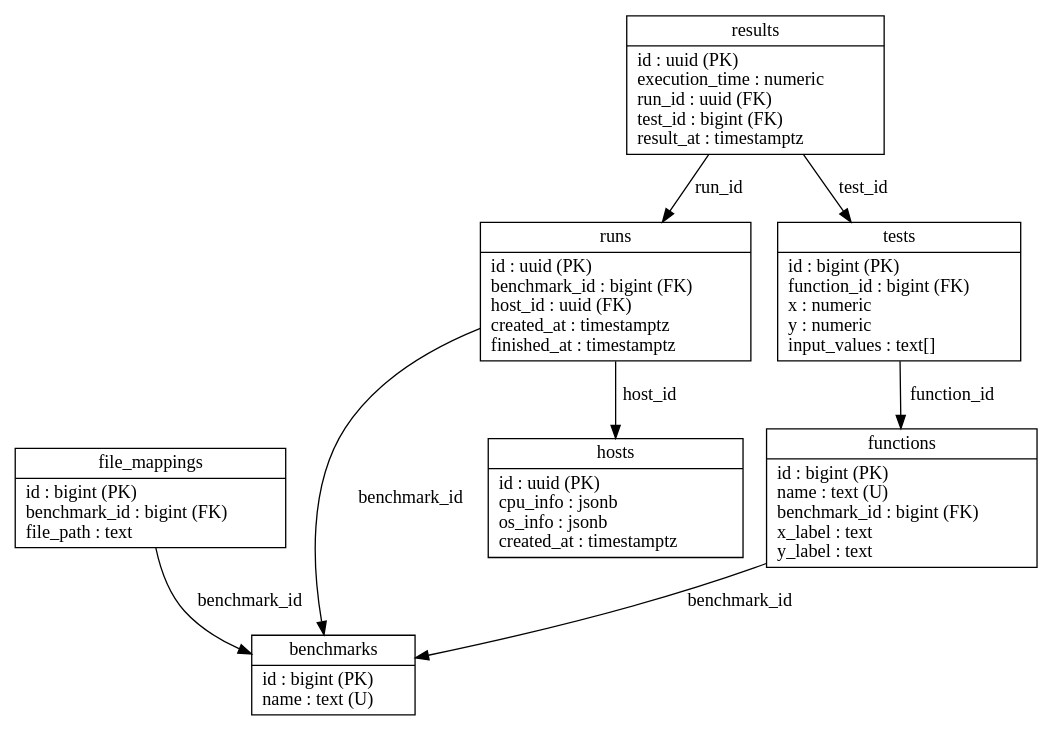
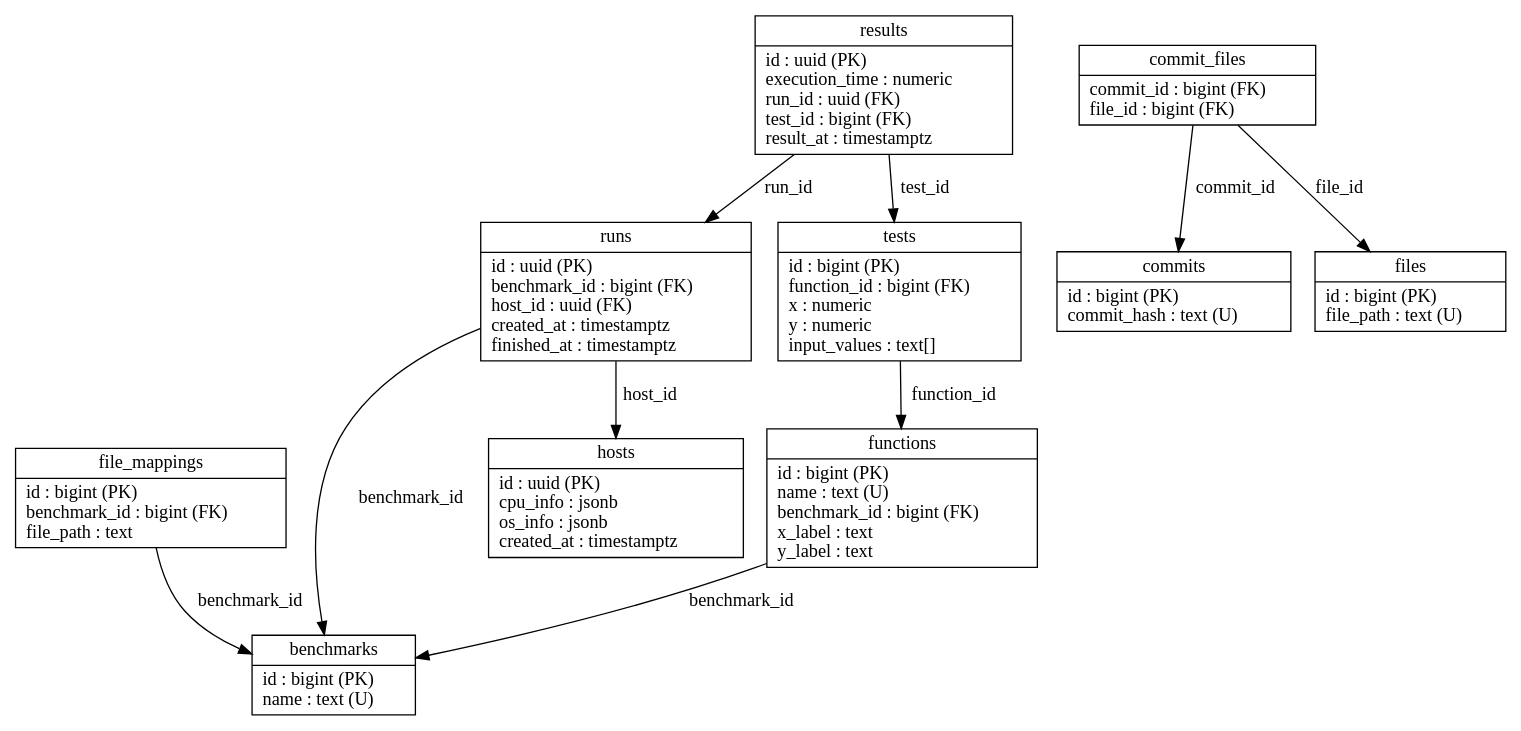
The diagram in docs/data-model.dot (joelonsql/pg-catbench), drawn with Graphviz before and after one commit. The commit also changed 1 other file, not shown here.

```diff
--- a/docs/data-model.dot
+++ b/docs/data-model.dot
@@ -1,20 +1,27 @@
 digraph pg_catbench {
     node [shape=record];
 
     benchmarks [label="{benchmarks|id : bigint (PK)\lname : text (U)\l}"];
     file_mappings [label="{file_mappings|id : bigint (PK)\lbenchmark_id : bigint (FK)\lfile_path : text\l}"];
     functions [label="{functions|id : bigint (PK)\lname : text (U)\lbenchmark_id : bigint (FK)\lx_label : text\ly_label : text\l}"];
     hosts [label="{hosts|id : uuid (PK)\lcpu_info : jsonb\los_info : jsonb\lcreated_at : timestamptz\l}"];
     results [label="{results|id : uuid (PK)\lexecution_time : numeric\lrun_id : uuid (FK)\ltest_id : bigint (FK)\lresult_at : timestamptz\l}"];
     runs [label="{runs|id : uuid (PK)\lbenchmark_id : bigint (FK)\lhost_id : uuid (FK)\lcreated_at : timestamptz\lfinished_at : timestamptz\l}"];
     tests [label="{tests|id : bigint (PK)\lfunction_id : bigint (FK)\lx : numeric\ly : numeric\linput_values : text[]\l}"];
 
+    commits [label="{commits|id : bigint (PK)\lcommit_hash : text (U)\l}"];
+    files [label="{files|id : bigint (PK)\lfile_path : text (U)\l}"];
+    commit_files [label="{commit_files|commit_id : bigint (FK)\lfile_id : bigint (FK)\l}"];
+
     // Relationships
     file_mappings -> benchmarks [label="benchmark_id"];
     functions -> benchmarks [label="benchmark_id"];
     results -> runs [label="run_id"];
     results -> tests [label="test_id"];
     runs -> benchmarks [label="benchmark_id"];
     runs -> hosts [label="host_id"];
     tests -> functions [label="function_id"];
+
+    commit_files -> commits [label="commit_id"];
+    commit_files -> files [label="file_id"];
 }
```
